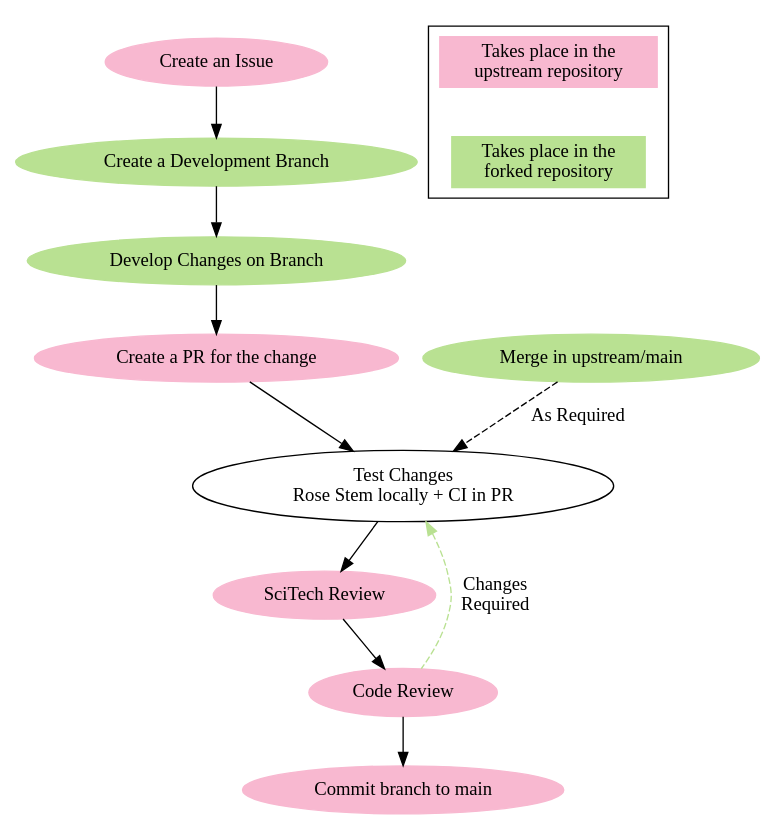
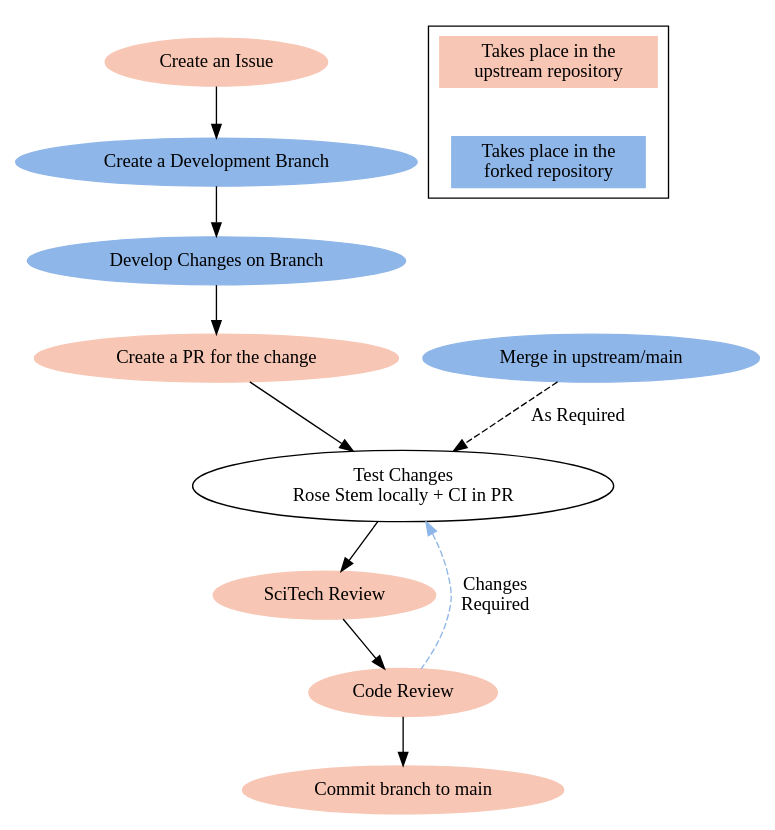
Before and after one commit to MetOffice/simulation-systems: the diagram in source/WorkingPractices/working_practices.rst, drawn with Graphviz.

Commit message:
update colours

```diff
--- a/source/WorkingPractices/working_practices.rst
+++ b/source/WorkingPractices/working_practices.rst
@@ -119,28 +119,28 @@
 .. graphviz::
 
   digraph {
     create_issue -> create_branch -> development -> create_pr;
-    create_issue [label="Create an Issue", style=filled, color="#f8b8d0"]
-    create_branch [label="Create a Development Branch", style=filled, color="#b9e192"]
-    development [label="Develop Changes on Branch", style=filled, color="#b9e192"]
-    create_pr [label="Create a PR for the change", style=filled, color="#f8b8d0"]
+    create_issue [label="Create an Issue", style=filled, color="#f8c6b4"]
+    create_branch [label="Create a Development Branch", style=filled, color="#8eb6e8"]
+    development [label="Develop Changes on Branch", style=filled, color="#8eb6e8"]
+    create_pr [label="Create a PR for the change", style=filled, color="#f8c6b4"]
 
     create_pr -> test_change;
     test_change [label="Test Changes\nRose Stem locally + CI in PR"]
 
     test_change -> scitech -> code_review -> commit_ticket;
-    scitech [label="SciTech Review", style=filled, color="#f8b8d0"]
-    code_review[label="Code Review", style=filled, color="#f8b8d0"]
-    commit_ticket[label="Commit branch to main", style=filled, color="#f8b8d0"]
+    scitech [label="SciTech Review", style=filled, color="#f8c6b4"]
+    code_review[label="Code Review", style=filled, color="#f8c6b4"]
+    commit_ticket[label="Commit branch to main", style=filled, color="#f8c6b4"]
 
     merge_main -> test_change [style="dashed", label="As Required"];
-    merge_main [label="Merge in upstream/main", style=filled, color="#b9e192"]
+    merge_main [label="Merge in upstream/main", style=filled, color="#8eb6e8"]
 
-    test_change -> code_review [dir=back, style="dashed", label="Changes\nRequired", color="#b9e192"];
+    test_change -> code_review [dir=back, style="dashed", label="Changes\nRequired", color="#8eb6e8"];
 
     subgraph cluster0 {
       upstream -> fork [style=invis];
-      upstream [label="Takes place in the\nupstream repository", style=filled, color="#f8b8d0", shape=box]
-      fork [label="Takes place in the\nforked repository", style=filled, color="#b9e192", shape=box]
+      upstream [label="Takes place in the\nupstream repository", style=filled, color="#f8c6b4", shape=box]
+      fork [label="Takes place in the\nforked repository", style=filled, color="#8eb6e8", shape=box]
     }
   }
```
